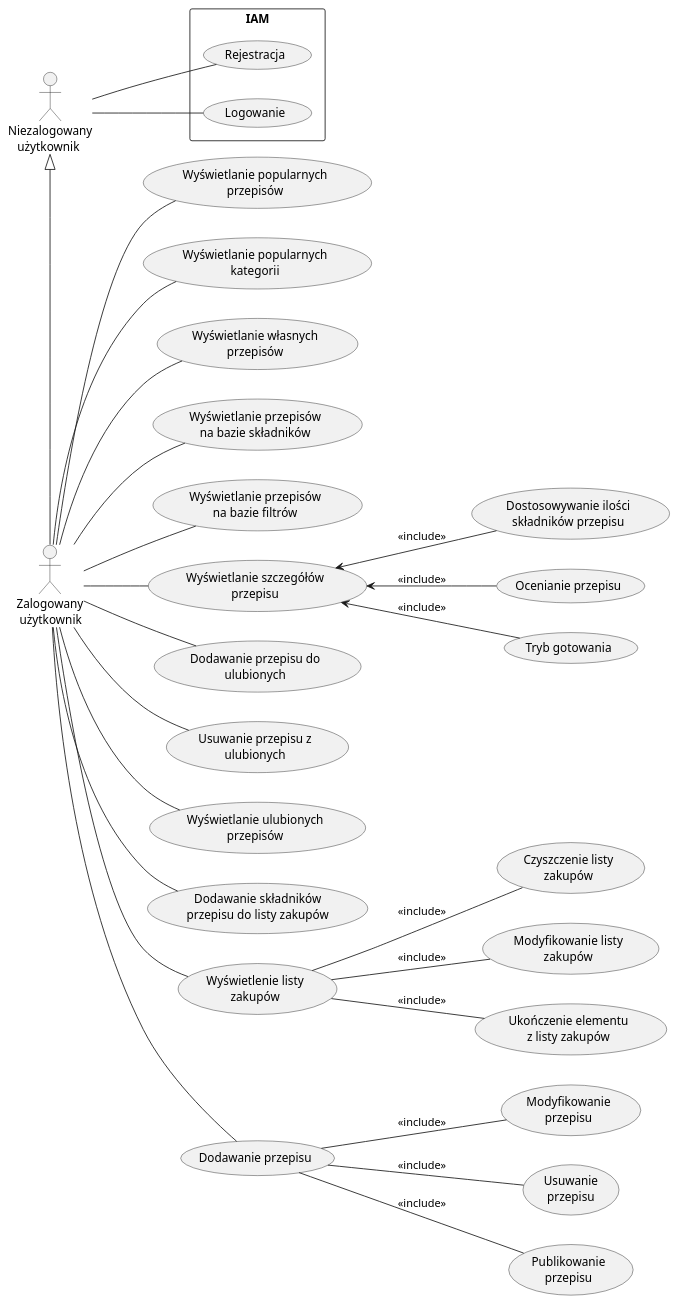
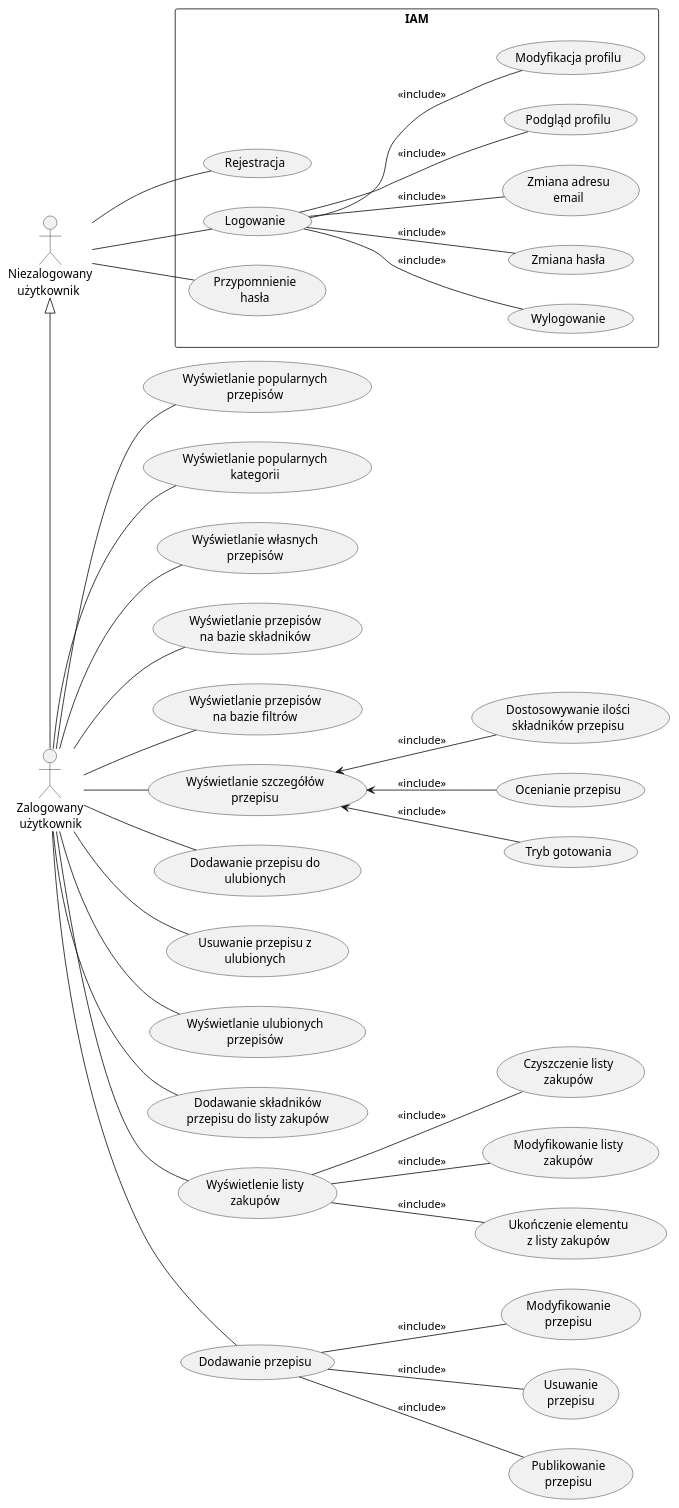
One commit to oskarski/inzynierka changed the diagram in docs/use-case.puml. Above: the diagram before and after it, drawn with PlantUML.

Commit message:
added missing iam use cases

```diff
--- a/docs/use-case.puml
+++ b/docs/use-case.puml
@@ -1,70 +1,82 @@
 @startuml
 left to right direction
 
 actor "Niezalogowany\n   użytkownik" as anonymous_user
 actor "Zalogowany\n użytkownik" as logged_in_user
 
 rectangle IAM {
     usecase "Rejestracja" as iam_register
     usecase "Logowanie" as iam_login
+    usecase "Przypomnienie\nhasła" as iam_forgot_password
+    usecase "Wylogowanie" as iam_logout
+    usecase "Zmiana hasła" as iam_password_change
+    usecase "Zmiana adresu\nemail" as iam_email_change
+    usecase "Podgląd profilu" as iam_me_details
+    usecase "Modyfikacja profilu" as iam_me_edit
 }
 
 usecase "Wyświetlanie popularnych\nprzepisów" as home_popular_recipes
 usecase "Wyświetlanie popularnych\nkategorii" as home_popular_categories
 usecase "Wyświetlanie własnych\nprzepisów" as home_my_recipes
 
 usecase "Wyświetlanie przepisów\nna bazie składników" as recipes_by_ingredients
 usecase "Wyświetlanie przepisów\nna bazie filtrów" as recipes_by_filters
 
 usecase "Wyświetlanie szczegółów\nprzepisu" as recipe_details
 usecase "Dostosowywanie ilości\nskładników przepisu" as recipe_details_adjust_quantity
 usecase "Ocenianie przepisu" as recipe_details_rate
 usecase "Tryb gotowania" as recipe_details_cooking_mode
 
 usecase "Dodawanie przepisu do\nulubionych" as add_recipe_to_favourite
 usecase "Usuwanie przepisu z\nulubionych" as remove_recipe_from_favourite
 usecase "Wyświetlanie ulubionych\nprzepisów" as favourite_recipes
 
 usecase "Dodawanie składników\nprzepisu do listy zakupów" as add_recipe_ingredients_to_shopping_list
 usecase "Wyświetlenie listy\nzakupów" as shopping_list
 usecase "Czyszczenie listy\nzakupów" as shopping_list_clear
 usecase "Modyfikowanie listy\nzakupów" as shopping_list_edit
 usecase "Ukończenie elementu\nz listy zakupów" as shopping_list_complete
 
 usecase "Dodawanie przepisu" as add_recipe
 usecase "Modyfikowanie\nprzepisu" as edit_recipe
 usecase "Usuwanie\nprzepisu" as delete_recipe
 usecase "Publikowanie\nprzepisu" as publish_recipe
 
 anonymous_user <|-right- logged_in_user
 
 anonymous_user -- iam_register
 anonymous_user -- iam_login
+anonymous_user -- iam_forgot_password
+iam_login -- iam_logout : <<include>>
+iam_login -- iam_password_change : <<include>>
+iam_login -- iam_email_change : <<include>>
+iam_login -- iam_me_details : <<include>>
+iam_login -- iam_me_edit : <<include>>
 
 logged_in_user -- home_popular_recipes
 logged_in_user -- home_popular_categories
 logged_in_user -- home_my_recipes
 
 logged_in_user -- recipes_by_ingredients
 logged_in_user -- recipes_by_filters
 
 logged_in_user -- recipe_details
 recipe_details <-- recipe_details_adjust_quantity : <<include>>
 recipe_details <-- recipe_details_rate : <<include>>
 recipe_details <-- recipe_details_cooking_mode : <<include>>
 
 logged_in_user -- add_recipe_to_favourite
 logged_in_user -- remove_recipe_from_favourite
 logged_in_user -- favourite_recipes
 
 logged_in_user -- add_recipe_ingredients_to_shopping_list
 logged_in_user -- shopping_list
 shopping_list -- shopping_list_clear : <<include>>
 shopping_list -- shopping_list_edit : <<include>>
 shopping_list -- shopping_list_complete : <<include>>
 
 logged_in_user -- add_recipe
 add_recipe -- publish_recipe : <<include>>
 add_recipe -- edit_recipe : <<include>>
 add_recipe -- delete_recipe : <<include>>
 @enduml
```
